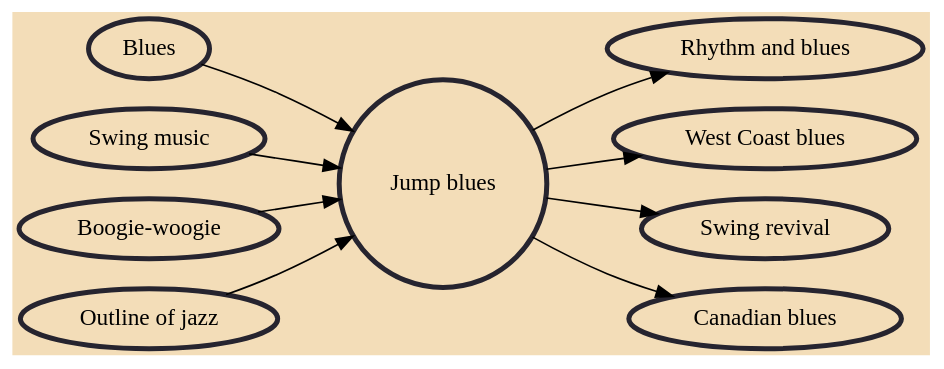
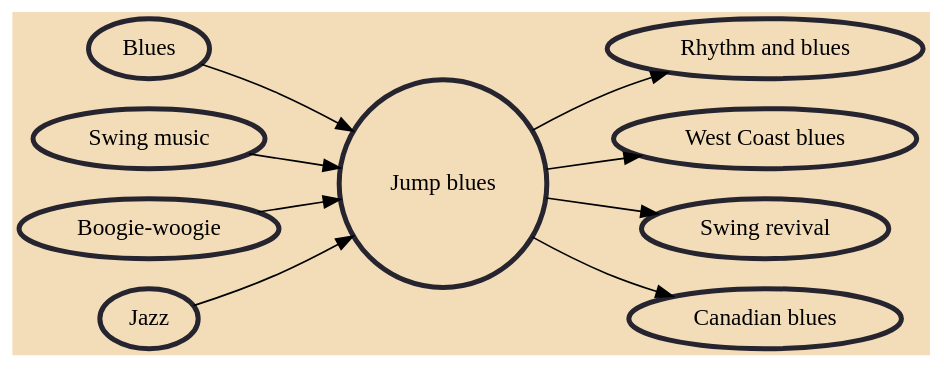
The diagram in Music/Jump blues.md (avengerpenguin/musicgenres), drawn with Graphviz before and after one commit. The commit also changed other lines of this file and 9 other files, not shown here.

Commit message:
Remove anomaly with Outline of jazz page

````diff
--- a/Music/Jump blues.md
+++ b/Music/Jump blues.md
@@ -6,23 +6,23 @@
 ```dot
 digraph {
 	graph [bgcolor="#F3DDB8" rankdir=LR]
 	node [color="#26242F" penwidth=3.0]
 	"Jump blues" [shape=circle]
 	Blues [URL="/blues/"]
 	Blues -> "Jump blues"
 	"Swing music" [URL="/swing-music/"]
 	"Swing music" -> "Jump blues"
 	"Boogie-woogie" [URL="/boogie-woogie/"]
 	"Boogie-woogie" -> "Jump blues"
-	"Outline of jazz" [URL="/outline-of-jazz/"]
-	"Outline of jazz" -> "Jump blues"
+	"Jazz" [URL="/jazz/"]
+	"Jazz" -> "Jump blues"
 	"Rhythm and blues" [URL="/rhythm-and-blues/"]
 	"Jump blues" -> "Rhythm and blues"
 	"West Coast blues" [URL="/west-coast-blues/"]
 	"Jump blues" -> "West Coast blues"
 	"Swing revival" [URL="/swing-revival/"]
 	"Jump blues" -> "Swing revival"
 	"Canadian blues" [URL="/canadian-blues/"]
 	"Jump blues" -> "Canadian blues"
 }
 ```
````
